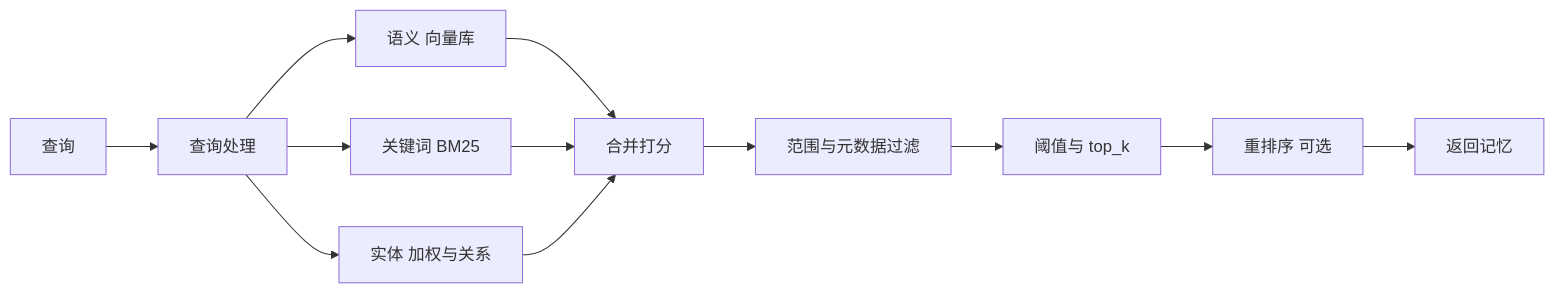
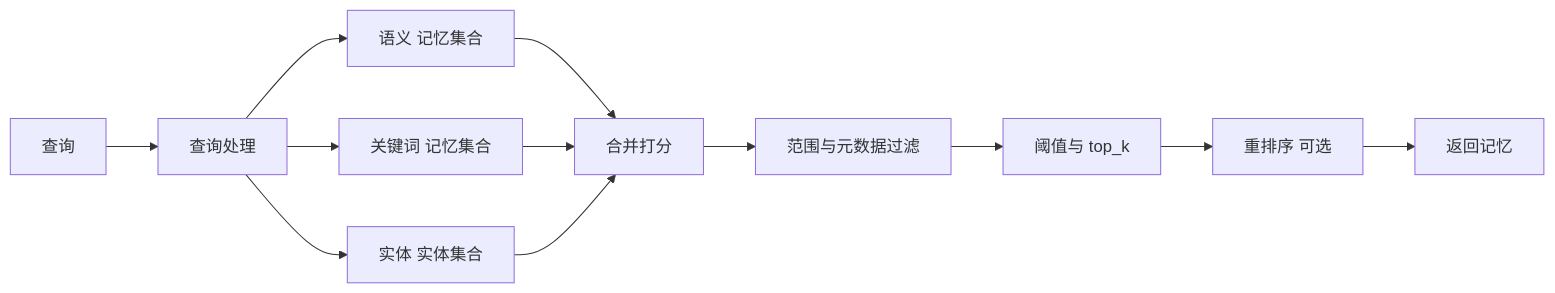
The second of 3 diagrams in agent/memory.md (c926694/obsidian_note), drawn with Mermaid before and after one commit. The commit also changed other lines of this file, not shown here.

````diff
--- a/agent/memory.md
+++ b/agent/memory.md
@@ -160,14 +162,14 @@
 ```mermaid
 flowchart LR
     Q[查询] --> P[查询处理]
-    P --> S[语义 向量库]
-    P --> K[关键词 BM25]
-    P --> E[实体 加权与关系]
+    P --> S[语义 记忆集合]
+    P --> K[关键词 记忆集合]
+    P --> E[实体 实体集合]
     S --> M[合并打分]
     K --> M
     E --> M
     M --> F[范围与元数据过滤]
     F --> T[阈值与 top_k]
     T --> R[重排序 可选]
     R --> O[返回记忆]
 ```
````
